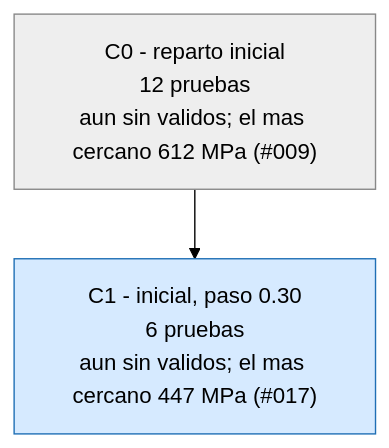
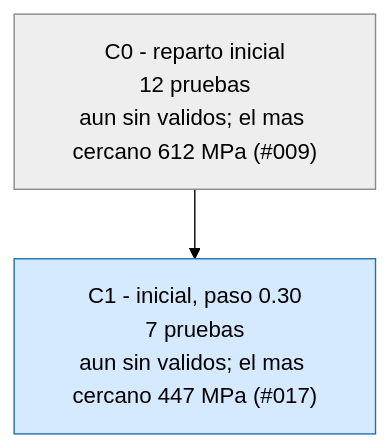
Before and after one commit to Hugiko/msd-soporte-optimizacion: the third of 3 diagrams in runs/opt_37800N/ARBOL.md, drawn with Mermaid (forest theme). The commit also changed 19 other files, not shown here.

````diff
--- a/runs/opt_37800N/ARBOL.md
+++ b/runs/opt_37800N/ARBOL.md
@@ -33,9 +33,9 @@
 ```mermaid
 graph TD
 classDef activa fill:#d6eaff,stroke:#1f6fb5,color:#000
 classDef fin fill:#eeeeee,stroke:#888,color:#000
 classDef mejor fill:#c8f0c0,stroke:#1a9850,stroke-width:4px,color:#000
 C0["C0 - reparto inicial<br/>12 pruebas<br/>aun sin validos; el mas cercano 612 MPa (#009)"]:::fin
-C1["C1 - inicial, paso 0.30<br/>6 pruebas<br/>aun sin validos; el mas cercano 447 MPa (#017)"]:::activa
+C1["C1 - inicial, paso 0.30<br/>7 pruebas<br/>aun sin validos; el mas cercano 447 MPa (#017)"]:::activa
 C0 --> C1
 ```
````
